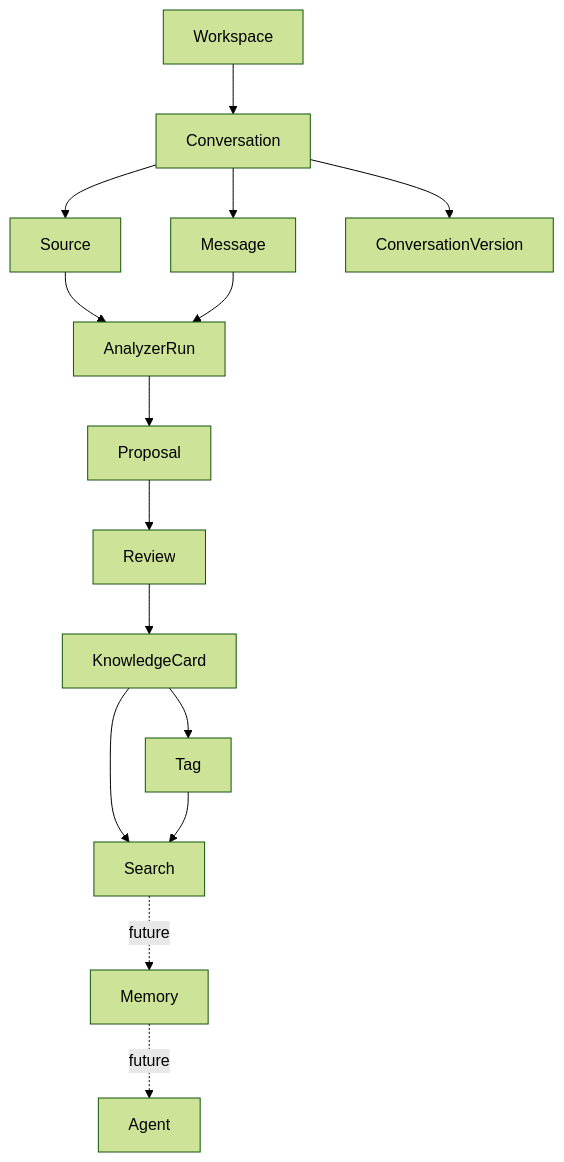
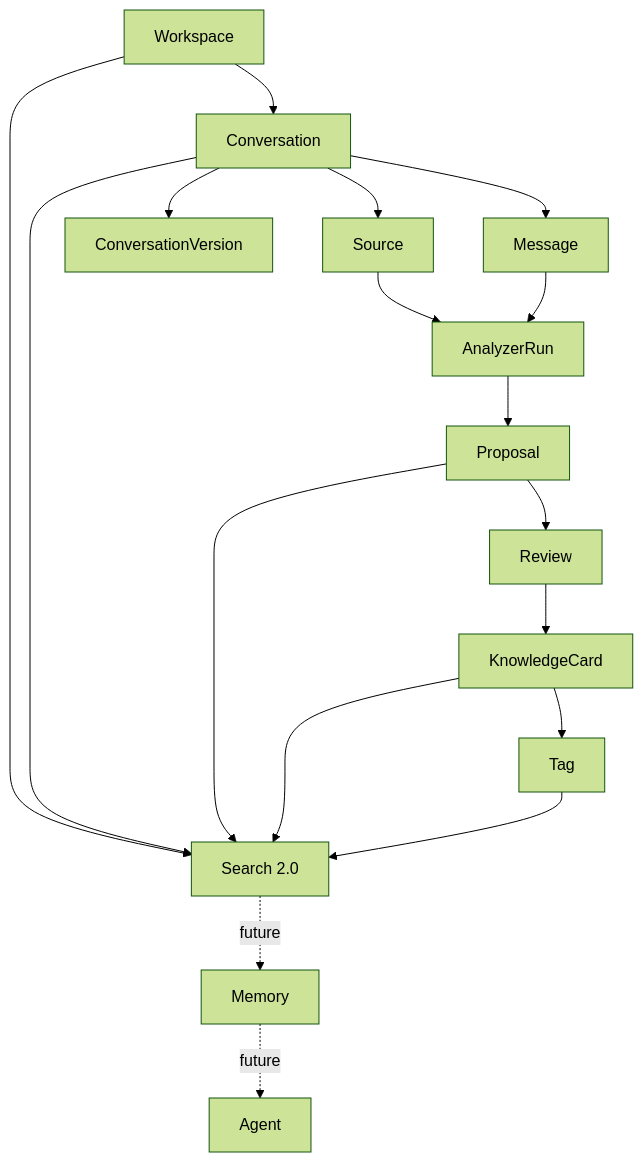
The diagram in docs/architecture/architecture-diagram.md (189slashuur-yin/personal-ai-learning-os), drawn with Mermaid (forest theme) before and after one commit. The commit also changed 16 other files, not shown here.

````diff
--- a/docs/architecture/architecture-diagram.md
+++ b/docs/architecture/architecture-diagram.md
@@ -5,17 +5,20 @@
 ```mermaid
 flowchart TD
   W[Workspace] --> C[Conversation]
   C --> S[Source]
   C --> M[Message]
   C --> V[ConversationVersion]
   S --> A[AnalyzerRun]
   M --> A
   A --> P[Proposal]
   P --> R[Review]
   R --> K[KnowledgeCard]
   K --> T[Tag]
-  K --> X[Search]
+  W --> X[Search 2.0]
+  C --> X
+  P --> X
+  K --> X
   T --> X
   X -. future .-> MM[Memory]
   MM -. future .-> AG[Agent]
 ```
````
